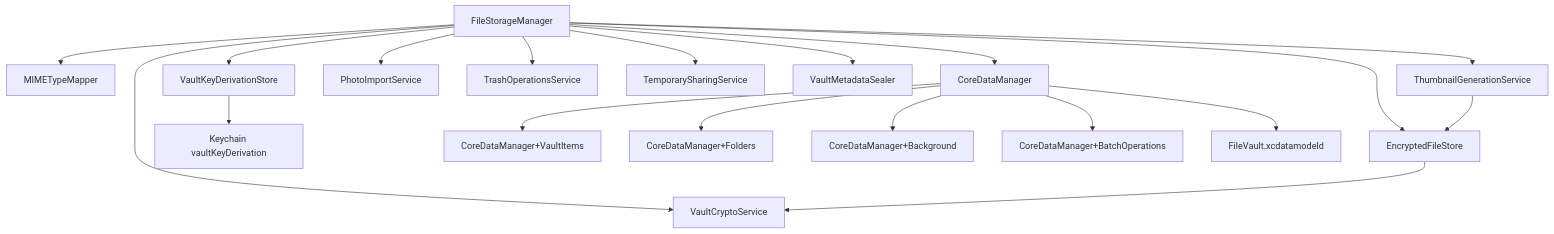
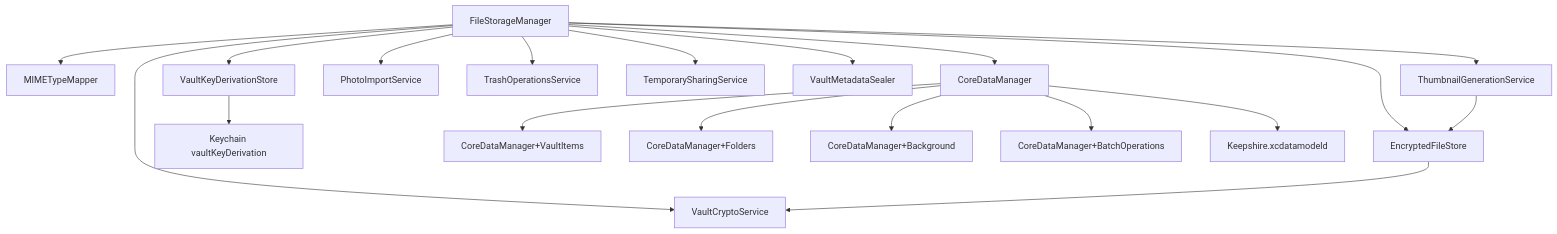
The sixth of 10 diagrams in docs/COMPONENT_GRAPH.md (haresh14/file-vault), drawn with Mermaid before and after one commit. The commit also changed other lines of this file and 246 other files, not shown here.

````diff
--- a/docs/COMPONENT_GRAPH.md
+++ b/docs/COMPONENT_GRAPH.md
@@ -210,22 +210,22 @@
 ```mermaid
 flowchart TB
     FSM["FileStorageManager"] --> MIME["MIMETypeMapper"]
     FSM --> Crypto["VaultCryptoService"]
     FSM --> KDF["VaultKeyDerivationStore"]
     FSM --> Store["EncryptedFileStore"]
     FSM --> Thumbs["ThumbnailGenerationService"]
     FSM --> Photos["PhotoImportService"]
     FSM --> Trash["TrashOperationsService"]
     FSM --> Share["TemporarySharingService"]
     FSM --> Meta["VaultMetadataSealer"]
     Store --> Crypto
     Thumbs --> Store
     KDF --> Keychain["Keychain vaultKeyDerivation"]
     FSM --> CDM["CoreDataManager"]
 
     CDM --> Items["CoreDataManager+VaultItems"]
     CDM --> Folders["CoreDataManager+Folders"]
     CDM --> BG["CoreDataManager+Background"]
     CDM --> Batch["CoreDataManager+BatchOperations"]
-    CDM --> Model["FileVault.xcdatamodeld"]
+    CDM --> Model["Keepshire.xcdatamodeld"]
 ```
````
